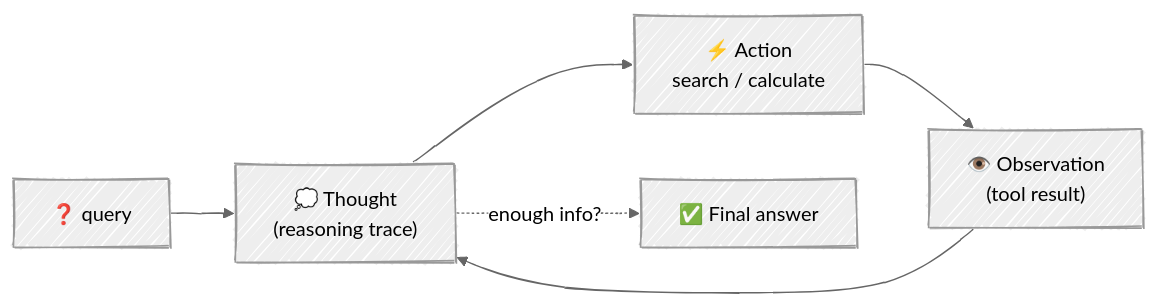
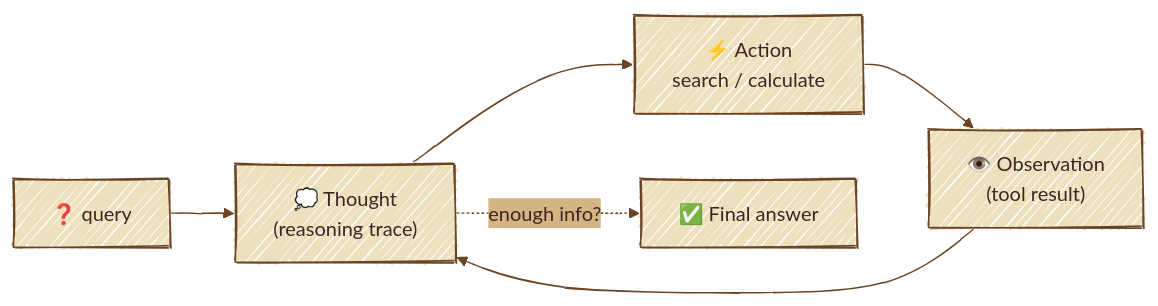
Before and after one commit to gtesei/agentic_design_patterns: the eighth of 12 diagrams in README.md, drawn with Mermaid. The commit also changed other lines of this file, not shown here.

Commit message:
docs(1_prompt_chain): add Mermaid diagram of the spec→JSON chain

````diff
--- a/README.md
+++ b/README.md
@@ -509,11 +509,11 @@
 ```mermaid
-%%{init: {'look':'handDrawn','theme':'neutral'}}%%
+%%{init: {'look':'handDrawn','theme':'base','themeVariables':{'background':'#f5ecd9','primaryColor':'#ede0bd','primaryBorderColor':'#6b4423','primaryTextColor':'#3e2723','lineColor':'#6b4423','secondaryColor':'#d4b483','tertiaryColor':'#c9a872','fontFamily':'Caveat, Patrick Hand, cursive'}}}%%
 flowchart LR
     Q["❓ query"]
     T["💭 Thought<br/>(reasoning trace)"]
     A["⚡ Action<br/>search / calculate"]
     O["👁️ Observation<br/>(tool result)"]
     F["✅ Final answer"]
     Q --> T --> A --> O --> T
     T -. "enough info?" .-> F
 ```
````
